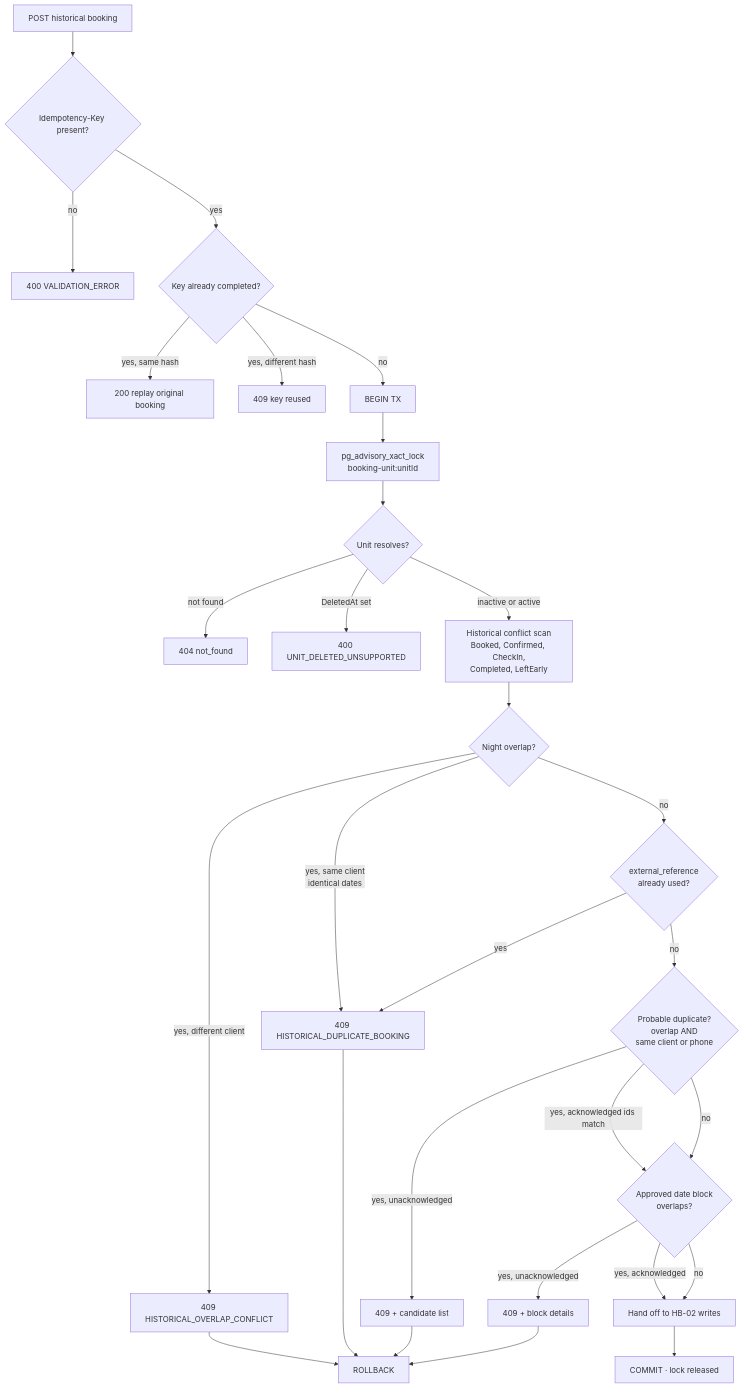
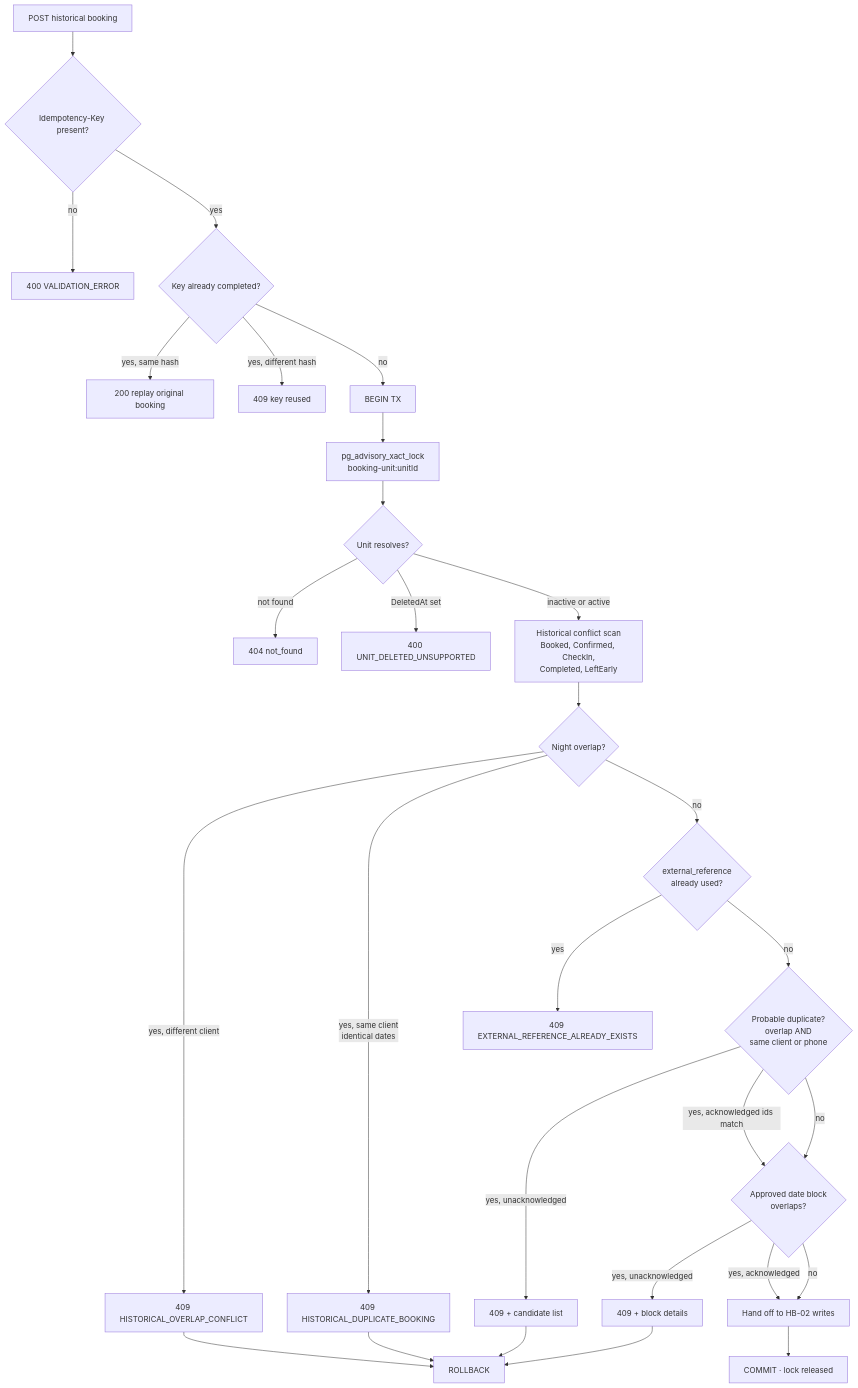
One commit to HozaifaAlmelli/REMAL changed the first of 2 diagrams in docs/plans/historical-bookings/03_TICKET_AVAILABILITY_CONFLICTS_AND_DUPLICATE_PROTECTION.md. Above: the diagram before and after it, drawn with Mermaid. The commit also changed other lines of this file and 1 other file, not shown here.

````diff
--- a/docs/plans/historical-bookings/03_TICKET_AVAILABILITY_CONFLICTS_AND_DUPLICATE_PROTECTION.md
+++ b/docs/plans/historical-bookings/03_TICKET_AVAILABILITY_CONFLICTS_AND_DUPLICATE_PROTECTION.md
@@ -570,31 +569,31 @@
 ```mermaid
 flowchart TD
     A[POST historical booking] --> B{Idempotency-Key present?}
     B -->|no| E1[400 VALIDATION_ERROR]
     B -->|yes| C{Key already completed?}
     C -->|yes, same hash| R1[200 replay original booking]
     C -->|yes, different hash| E2[409 key reused]
     C -->|no| D[BEGIN TX]
     D --> L[pg_advisory_xact_lock<br/>booking-unit:unitId]
     L --> U{Unit resolves?}
     U -->|not found| E3[404 not_found]
     U -->|DeletedAt set| E4[400 UNIT_DELETED_UNSUPPORTED]
     U -->|inactive or active| X[Historical conflict scan<br/>Booked, Confirmed, CheckIn,<br/>Completed, LeftEarly]
     X --> X1{Night overlap?}
     X1 -->|yes, different client| E5[409 HISTORICAL_OVERLAP_CONFLICT]
     X1 -->|yes, same client<br/>identical dates| E6[409 HISTORICAL_DUPLICATE_BOOKING]
     X1 -->|no| EX{external_reference<br/>already used?}
-    EX -->|yes| E6
+    EX -->|yes| E9[409 EXTERNAL_REFERENCE_ALREADY_EXISTS]
     EX -->|no| P{Probable duplicate?<br/>overlap AND<br/>same client or phone}
     P -->|yes, unacknowledged| E7[409 + candidate list]
     P -->|yes, acknowledged ids match| Q
     P -->|no| Q{Approved date block<br/>overlaps?}
     Q -->|yes, unacknowledged| E8[409 + block details]
     Q -->|yes, acknowledged| W
     Q -->|no| W[Hand off to HB-02 writes]
     W --> Z[COMMIT · lock released]
     E5 --> RB[ROLLBACK]
     E6 --> RB
     E7 --> RB
     E8 --> RB
 ```
````
